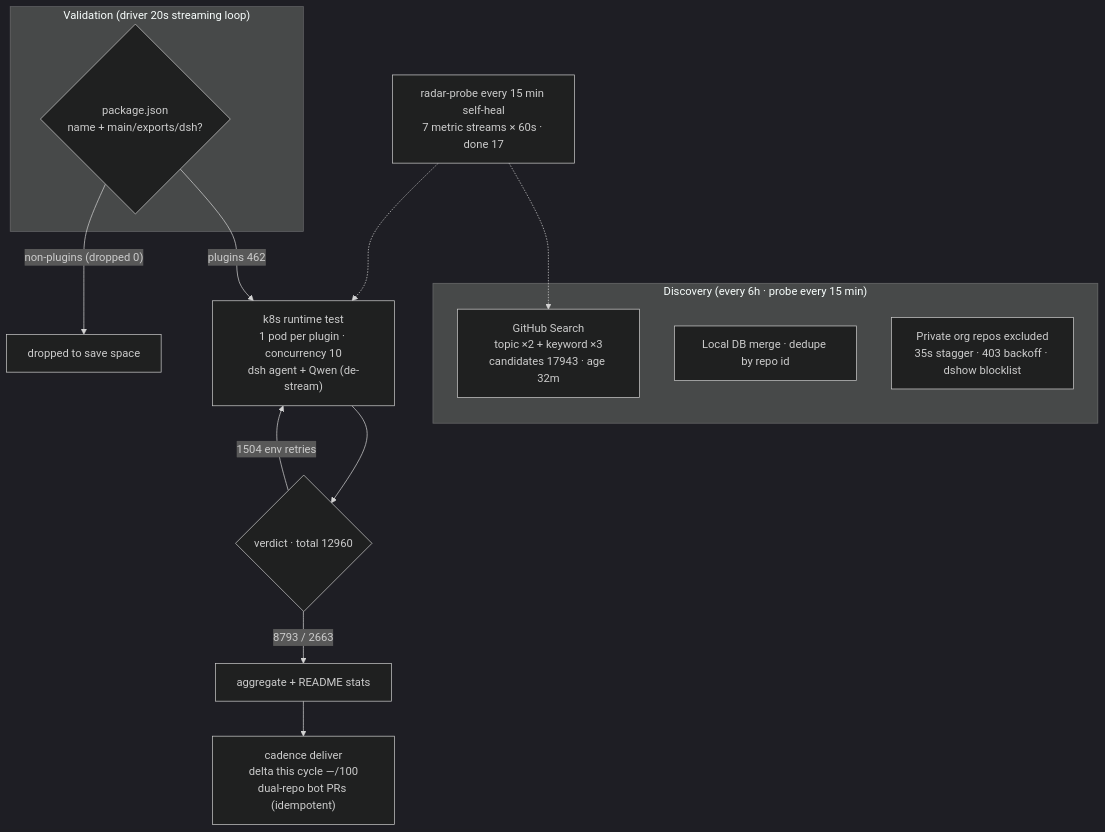
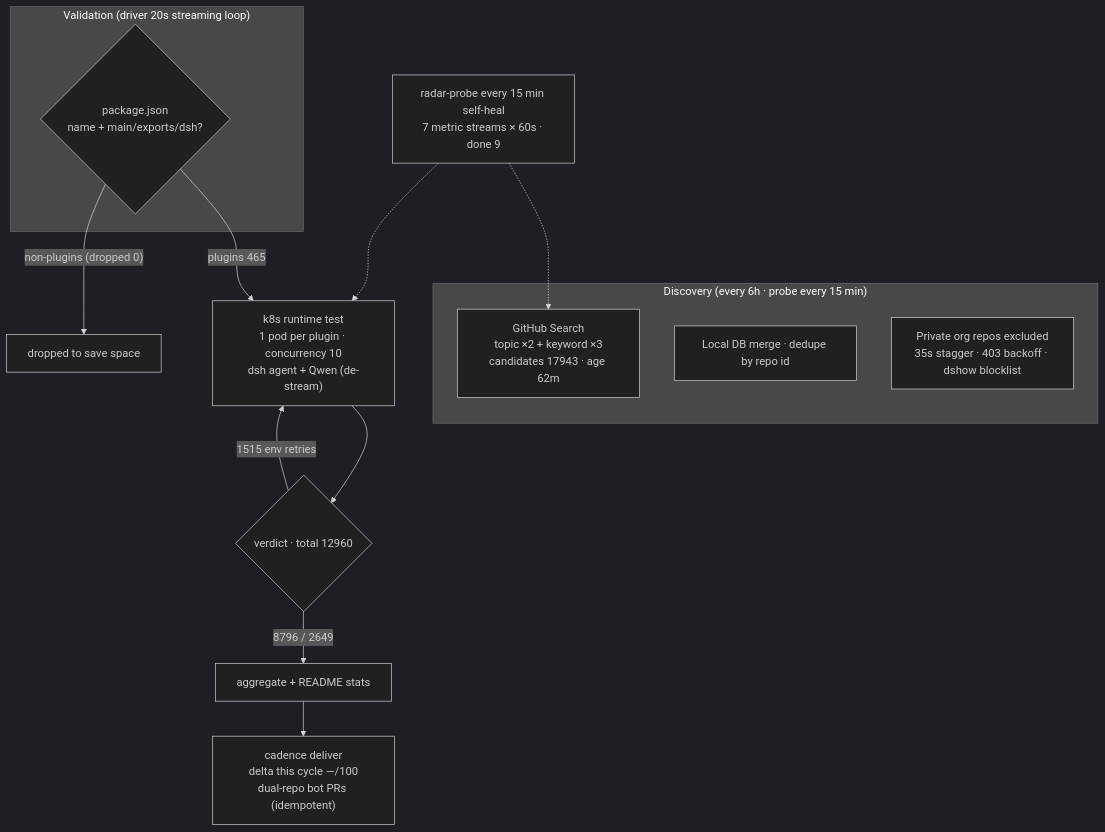
The diagram in README.en-US.md (AdamPlatin123/awesome-dsh-plugins), drawn with Mermaid (dark theme) before and after one commit. The commit also changed other lines of this file and 5 other files, not shown here.

````diff
--- a/README.en-US.md
+++ b/README.en-US.md
@@ -45,20 +45,20 @@
 ```mermaid
 flowchart TB
     subgraph Discovery["Discovery (every 6h · probe every 15 min)"]
-        A1["GitHub Search<br/>topic ×2 + keyword ×3<br/>candidates 17943 · age 32m"]
+        A1["GitHub Search<br/>topic ×2 + keyword ×3<br/>candidates 17943 · age 62m"]
         A2["Local DB merge · dedupe by repo id"]
         A3["Private org repos excluded<br/>35s stagger · 403 backoff · dshow blocklist"]
     end
     subgraph Validation["Validation (driver 20s streaming loop)"]
         B1{"package.json<br/>name + main/exports/dsh?"}
     end
-    B1 -->|"plugins 462"| C1["k8s runtime test<br/>1 pod per plugin · concurrency 10<br/>dsh agent + Qwen (de-stream)"]
+    B1 -->|"plugins 465"| C1["k8s runtime test<br/>1 pod per plugin · concurrency 10<br/>dsh agent + Qwen (de-stream)"]
     B1 -->|"non-plugins (dropped 0)"| B3["dropped to save space"]
     C1 --> D1{"verdict · total 12960"}
-    D1 -->|"8793 / 2663"| E1["aggregate + README stats"]
-    D1 -->|"1504 env retries"| C1
+    D1 -->|"8796 / 2649"| E1["aggregate + README stats"]
+    D1 -->|"1515 env retries"| C1
     E1 --> E2["cadence deliver<br/>delta this cycle —/100<br/>dual-repo bot PRs (idempotent)"]
-    M["radar-probe every 15 min self-heal<br/>7 metric streams × 60s · done 17"]
+    M["radar-probe every 15 min self-heal<br/>7 metric streams × 60s · done 9"]
     M -.-> A1
     M -.-> C1
 ```
````
